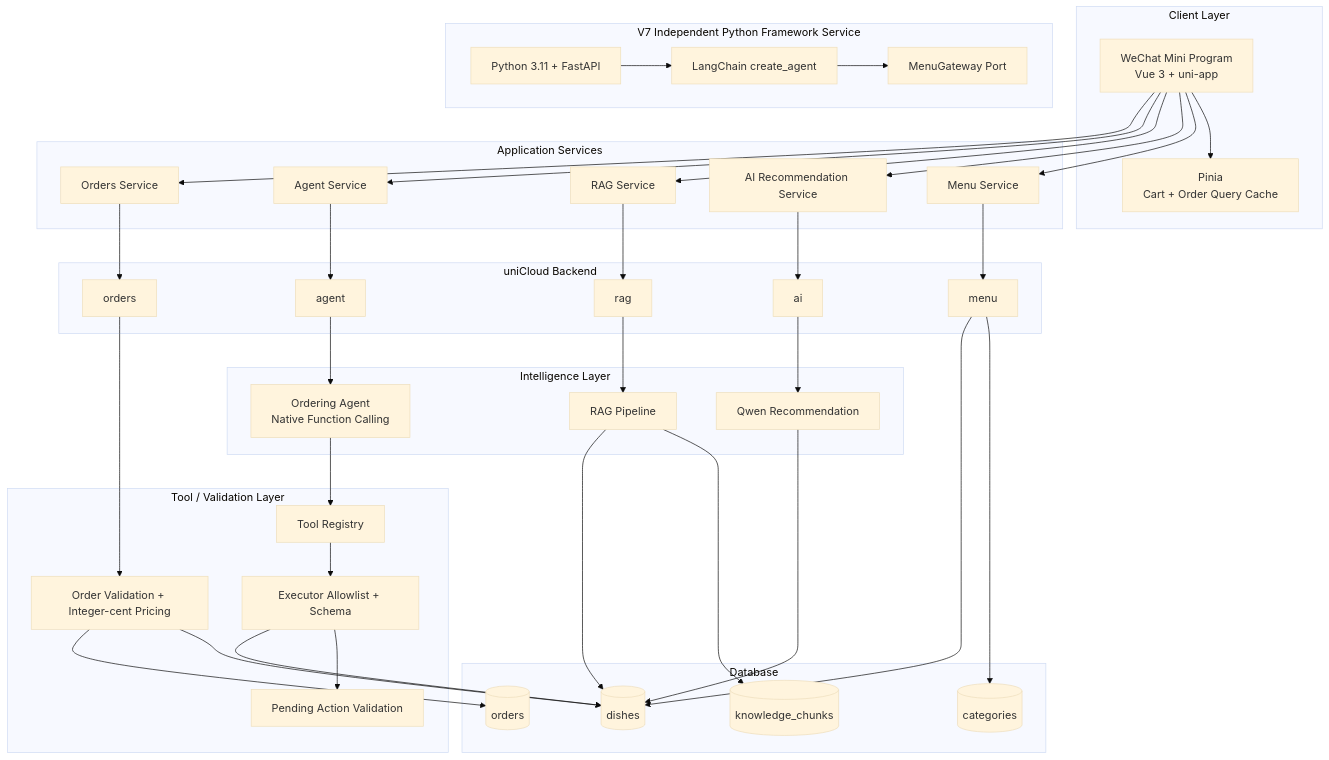
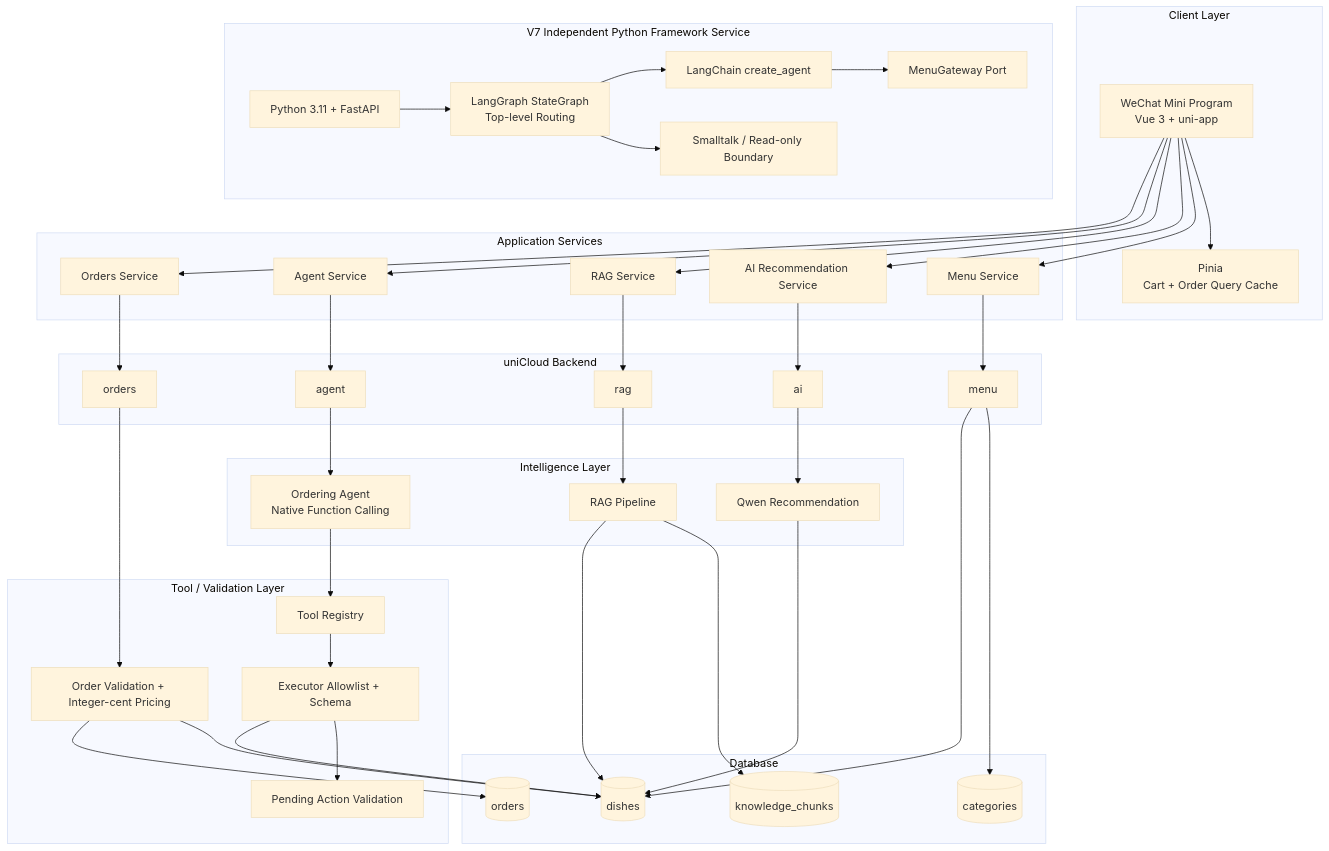
One commit to LI-ZONGRUI/smart-ordering-agent changed the first of 3 diagrams in docs/ARCHITECTURE.md. Above: the diagram before and after it, drawn with Mermaid (base theme). The commit also changed other lines of this file and 19 other files, not shown here.

````diff
--- a/docs/ARCHITECTURE.md
+++ b/docs/ARCHITECTURE.md
@@ -27,77 +30,81 @@
 ```mermaid
 graph TB
   subgraph Client[Client Layer]
     WX[WeChat Mini Program<br/>Vue 3 + uni-app]
     PINIA[Pinia<br/>Cart + Order Query Cache]
   end
 
   subgraph Services[Application Services]
     MS[Menu Service]
     AIS[AI Recommendation Service]
     RS[RAG Service]
     AS[Agent Service]
     OS[Orders Service]
   end
 
   subgraph Intelligence[Intelligence Layer]
     REC[Qwen Recommendation]
     RAG[RAG Pipeline]
     AG[Ordering Agent<br/>Native Function Calling]
   end
 
-  subgraph FutureFramework[V7 Independent Python Framework Service]
+  subgraph FrameworkService[V7 Independent Python Framework Service]
     FASTAPI[Python 3.11 + FastAPI]
+    LG[LangGraph StateGraph<br/>Top-level Routing]
     LC[LangChain create_agent]
     GW[MenuGateway Port]
-    FASTAPI --> LC --> GW
+    SMALL[Smalltalk / Read-only Boundary]
+    FASTAPI --> LG
+    LG --> LC --> GW
+    LG --> SMALL
   end
 
   subgraph Validation[Tool / Validation Layer]
     REG[Tool Registry]
     EXE[Executor Allowlist + Schema]
     ACT[Pending Action Validation]
     PRICE[Order Validation + Integer-cent Pricing]
   end
 
   subgraph Cloud[uniCloud Backend]
     MENU[menu]
     AI[ai]
     RAGOBJ[rag]
     AGOBJ[agent]
     ORD[orders]
   end
 
   subgraph DB[Database]
     C[(categories)]
     D[(dishes)]
     K[(knowledge_chunks)]
     O[(orders)]
   end
 
   WX --> PINIA
   WX --> MS
   WX --> AIS
   WX --> RS
   WX --> AS
   WX --> OS
   MS --> MENU
   AIS --> AI
   RS --> RAGOBJ
   AS --> AGOBJ
   OS --> ORD
 
   AI --> REC
   RAGOBJ --> RAG
   AGOBJ --> AG
   AG --> REG --> EXE --> ACT
   ORD --> PRICE
 
   MENU --> C
   MENU --> D
   REC --> D
   RAG --> K
   RAG --> D
   EXE --> D
   PRICE --> D
   PRICE --> O
 ```
````
